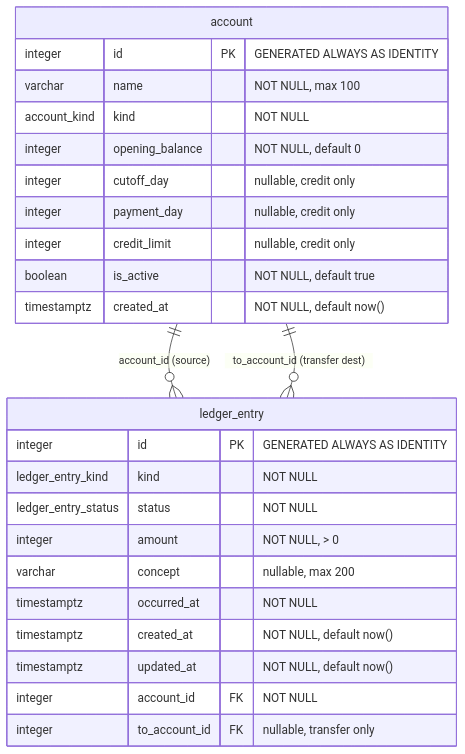
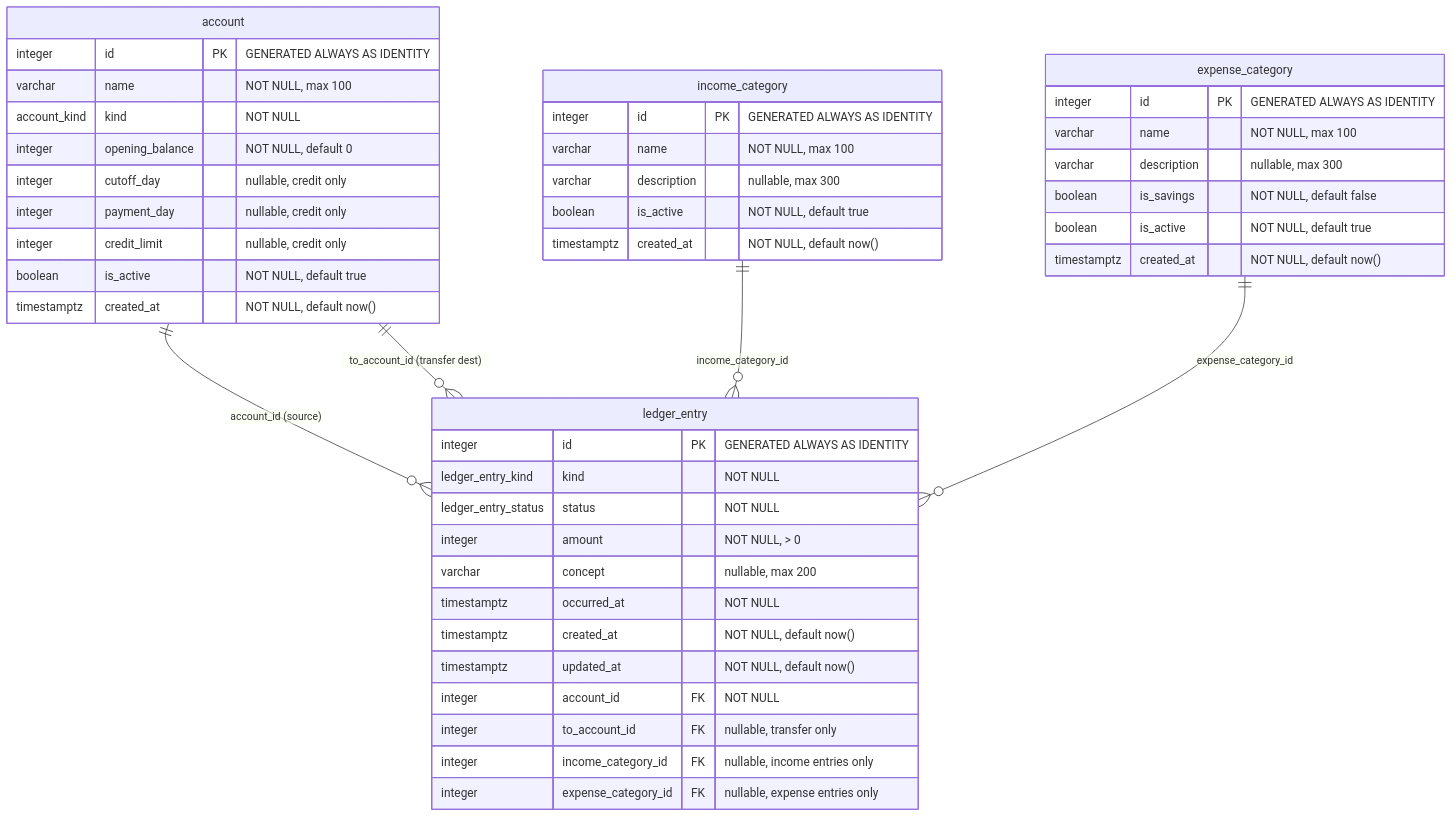
The diagram in docs/database/erd.md (AndresDRamos/Perfin), drawn with Mermaid before and after one commit. The commit also changed other lines of this file and 3 other files, not shown here.

First line of the commit message:
docs(db): sync data-dictionary, ERD, migrations-log and catalog module for 0001

````diff
--- a/docs/database/erd.md
+++ b/docs/database/erd.md
@@ -7,30 +7,51 @@
 ```mermaid
 erDiagram
     account {
         integer id PK "GENERATED ALWAYS AS IDENTITY"
         varchar name "NOT NULL, max 100"
         account_kind kind "NOT NULL"
         integer opening_balance "NOT NULL, default 0"
         integer cutoff_day "nullable, credit only"
         integer payment_day "nullable, credit only"
         integer credit_limit "nullable, credit only"
+        boolean is_active "NOT NULL, default true"
+        timestamptz created_at "NOT NULL, default now()"
+    }
+
+    expense_category {
+        integer id PK "GENERATED ALWAYS AS IDENTITY"
+        varchar name "NOT NULL, max 100"
+        varchar description "nullable, max 300"
+        boolean is_savings "NOT NULL, default false"
+        boolean is_active "NOT NULL, default true"
+        timestamptz created_at "NOT NULL, default now()"
+    }
+
+    income_category {
+        integer id PK "GENERATED ALWAYS AS IDENTITY"
+        varchar name "NOT NULL, max 100"
+        varchar description "nullable, max 300"
         boolean is_active "NOT NULL, default true"
         timestamptz created_at "NOT NULL, default now()"
     }
 
     ledger_entry {
         integer id PK "GENERATED ALWAYS AS IDENTITY"
         ledger_entry_kind kind "NOT NULL"
         ledger_entry_status status "NOT NULL"
         integer amount "NOT NULL, > 0"
         varchar concept "nullable, max 200"
         timestamptz occurred_at "NOT NULL"
         timestamptz created_at "NOT NULL, default now()"
         timestamptz updated_at "NOT NULL, default now()"
         integer account_id FK "NOT NULL"
         integer to_account_id FK "nullable, transfer only"
+        integer income_category_id FK "nullable, income entries only"
+        integer expense_category_id FK "nullable, expense entries only"
     }
 
     account ||--o{ ledger_entry : "account_id (source)"
     account ||--o{ ledger_entry : "to_account_id (transfer dest)"
+    income_category ||--o{ ledger_entry : "income_category_id"
+    expense_category ||--o{ ledger_entry : "expense_category_id"
 ```
````
